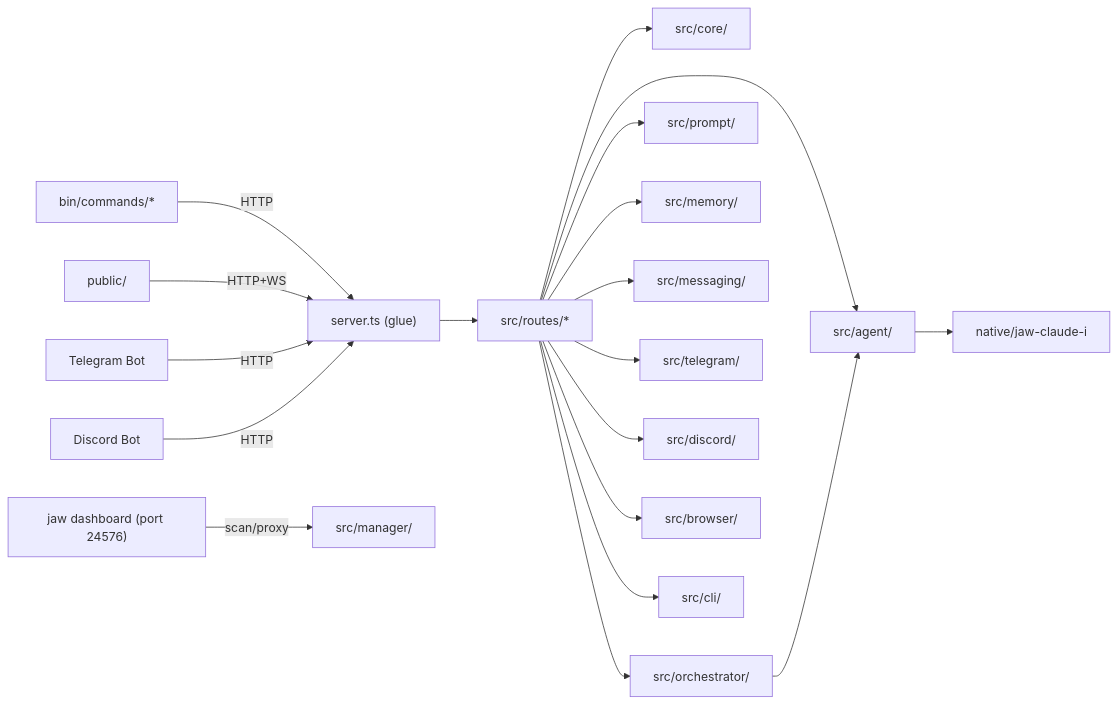
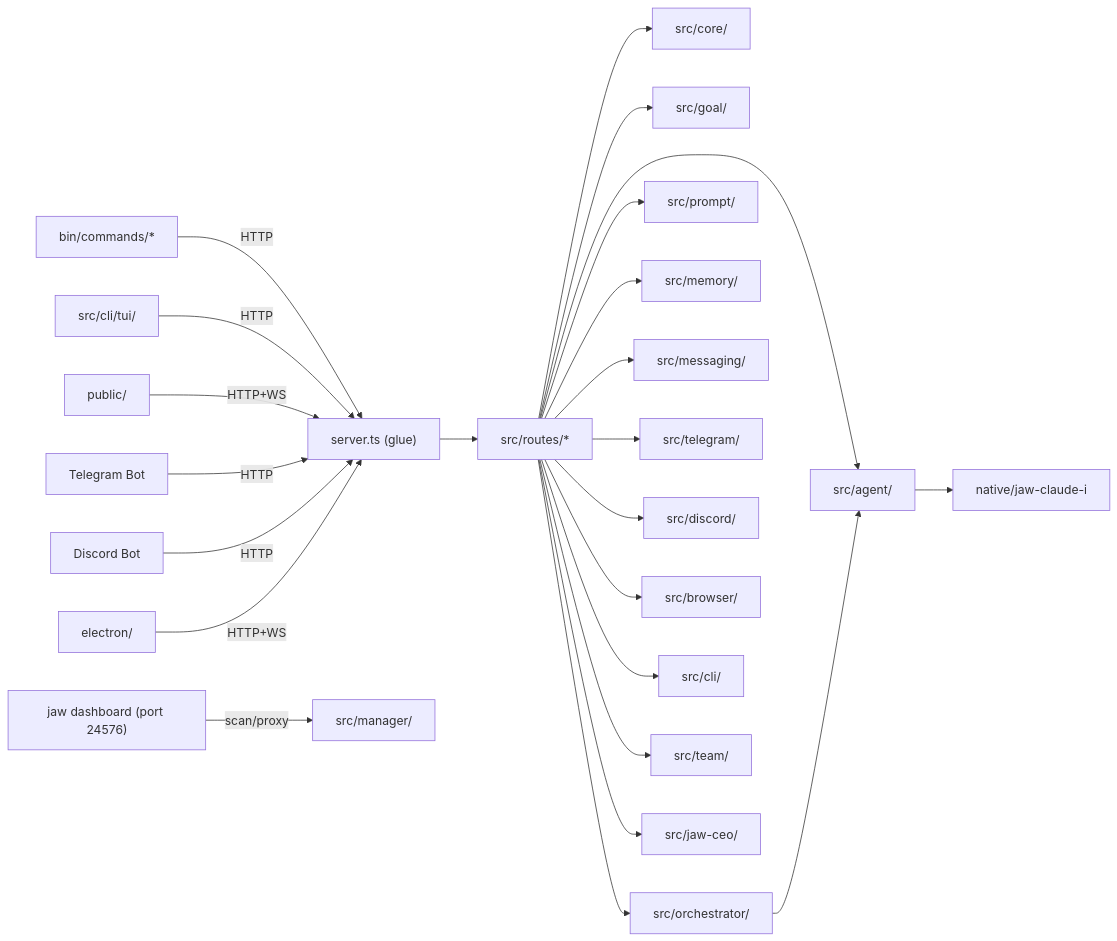
The diagram in structure/INDEX.md (HSKIMRobert/cli-jaw), drawn with Mermaid before and after one commit. The commit also changed other lines of this file and 3 other files, not shown here.

````diff
--- a/structure/INDEX.md
+++ b/structure/INDEX.md
@@ -17,21 +17,26 @@
 ```mermaid
 graph LR
     CLI["bin/commands/*"] -->|HTTP| SRV["server.ts (glue)"]
+    TUI["src/cli/tui/"] -->|HTTP| SRV
     WEB["public/"] -->|HTTP+WS| SRV
     TG["Telegram Bot"] -->|HTTP| SRV
     DC["Discord Bot"] -->|HTTP| SRV
+    ELEC["electron/"] -->|HTTP+WS| SRV
     DASH["jaw dashboard (port 24576)"] -->|scan/proxy| MGR["src/manager/"]
     SRV --> ROUTES["src/routes/*"]
     ROUTES --> CORE["src/core/"]
     ROUTES --> AGT["src/agent/"]
+    ROUTES --> GOAL["src/goal/"]
     ROUTES --> ORC["src/orchestrator/"]
     ROUTES --> PRM["src/prompt/"]
     ROUTES --> MEM["src/memory/"]
     ROUTES --> MSG["src/messaging/"]
     ROUTES --> TGMOD["src/telegram/"]
     ROUTES --> DCMOD["src/discord/"]
     ROUTES --> BR["src/browser/"]
     ROUTES --> CMD["src/cli/"]
+    ROUTES --> TEAM["src/team/"]
+    ROUTES --> CEO["src/jaw-ceo/"]
     ORC --> AGT
     AGT --> NATIVE["native/jaw-claude-i"]
 ```
````
